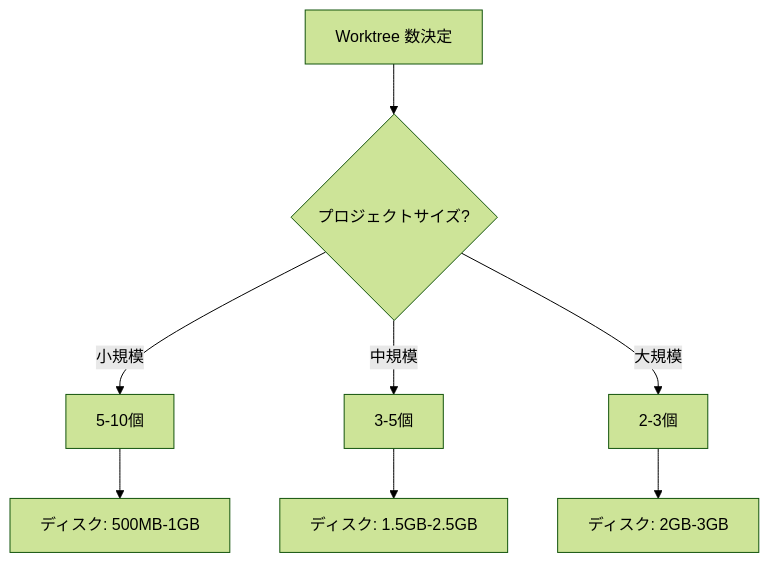
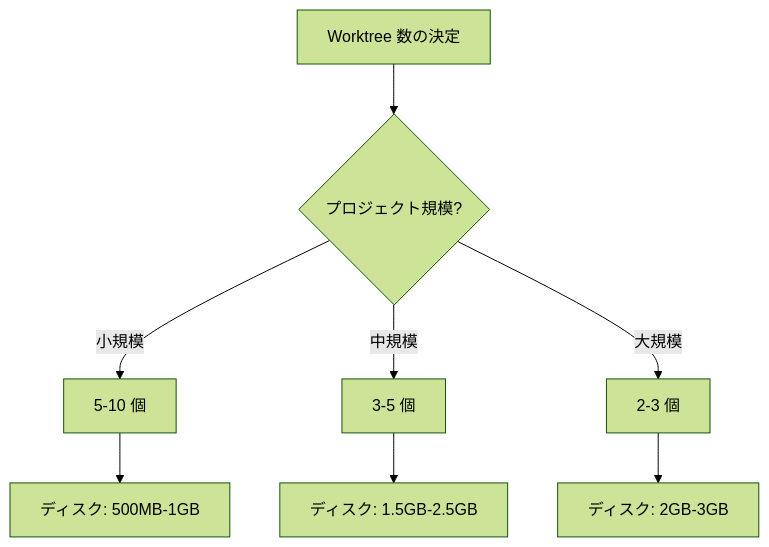
Before and after one commit to modu-ai/moai-adk: the eighth of 9 diagrams in docs-site/content/ja/worktree/faq.md, drawn with Mermaid (forest theme). The commit also changed other lines of this file and 395 other files, not shown here.

````diff
--- a/docs-site/content/ja/worktree/faq.md
+++ b/docs-site/content/ja/worktree/faq.md
@@ -453,11 +454,11 @@
 ```mermaid
 graph TD
-    A[Worktree 数決定] --> B{プロジェクトサイズ?}
-    B -->|小規模| C[5-10個]
-    B -->|中規模| D[3-5個]
-    B -->|大規模| E[2-3個]
+    A[Worktree 数の決定] --> B{プロジェクト規模?}
+    B -->|小規模| C[5-10 個]
+    B -->|中規模| D[3-5 個]
+    B -->|大規模| E[2-3 個]
 
     C --> F[ディスク: 500MB-1GB]
     D --> G[ディスク: 1.5GB-2.5GB]
     E --> H[ディスク: 2GB-3GB]
 ```
````
